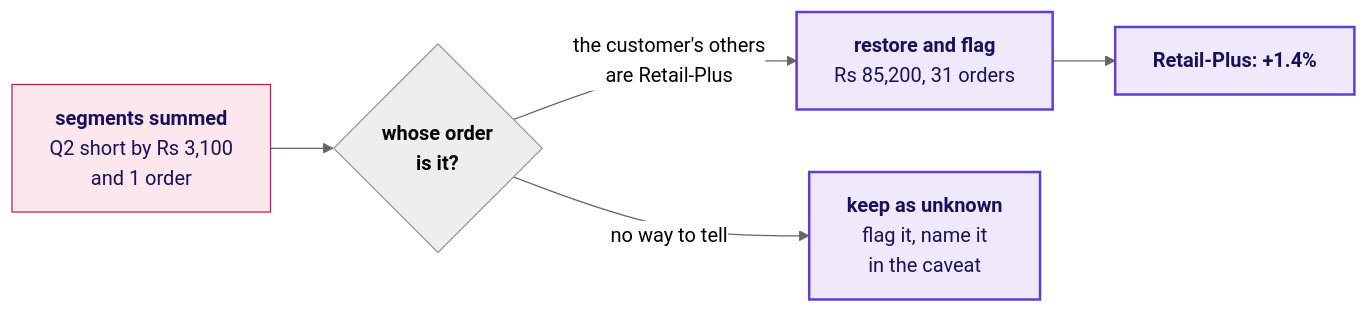
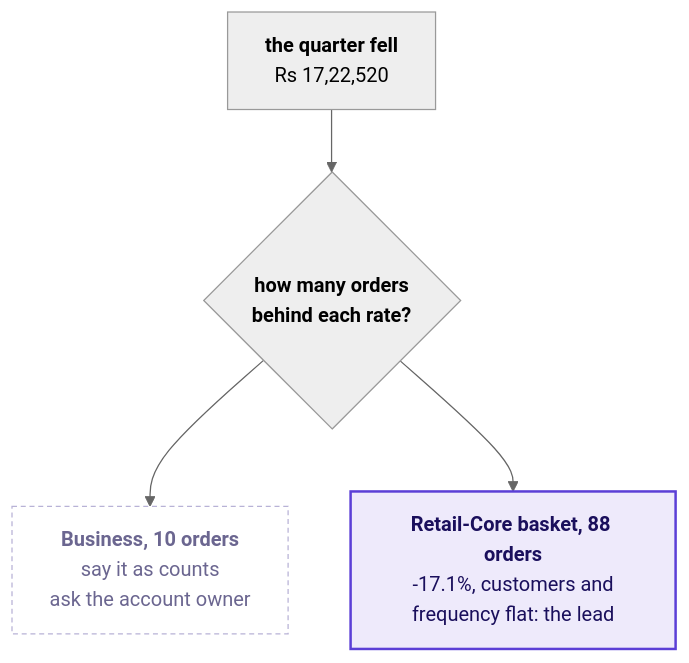
Before and after one commit to fde-academy-lab/c2-content-factory: the eighth of 9 diagrams in content/W01/D5/slides/C2_W01_D05_debrief_STUDENT.md, drawn with Mermaid (neutral theme). The commit also changed other lines of this file and 4 other files, not shown here.

````diff
--- a/content/W01/D5/slides/C2_W01_D05_debrief_STUDENT.md
+++ b/content/W01/D5/slides/C2_W01_D05_debrief_STUDENT.md
@@ -368,11 +498,10 @@
 ```mermaid
-flowchart LR
-    A["<b>segments summed</b><br/>Q2 short by Rs 3,100<br/>and 1 order"] --> B{"<b>whose order<br/>is it?</b>"}
-    B -->|"the customer's others<br/>are Retail-Plus"| C["<b>restore and flag</b><br/>Rs 85,200, 31 orders"]
-    B -->|"no way to tell"| D["<b>keep as unknown</b><br/>flag it, name it<br/>in the caveat"]
-    C --> E["<b>Retail-Plus: +1.4%</b>"]
-    classDef bad fill:#FCE8EC,stroke:#C2185B,color:#1A0F5C
+flowchart TB
+    T["<b>the quarter fell</b><br/>Rs 17,22,520"] --> Q{"<b>how many orders<br/>behind each rate?</b>"}
+    Q --> B["<b>Business, 10 orders</b><br/>say it as counts<br/>ask the account owner"]
+    Q --> C["<b>Retail-Core basket, 88 orders</b><br/>-17.1%, customers and<br/>frequency flat: the lead"]
     classDef known fill:#EEEAFB,stroke:#5B3FD6,color:#1A0F5C,stroke-width:2px
-    class A bad
-    class C,D,E known
+    classDef unknown fill:#FFFFFF,stroke:#B8B2D6,color:#6B6690,stroke-dasharray:4 3
+    class C known
+    class B unknown
 ```
````
